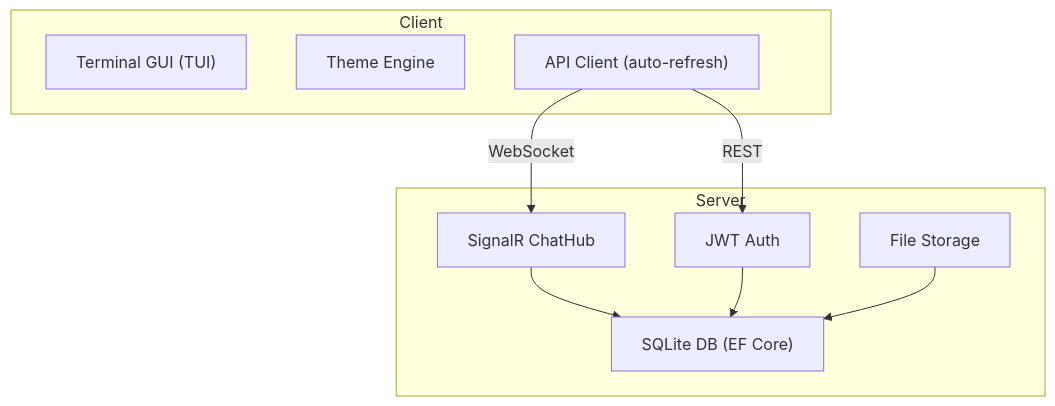
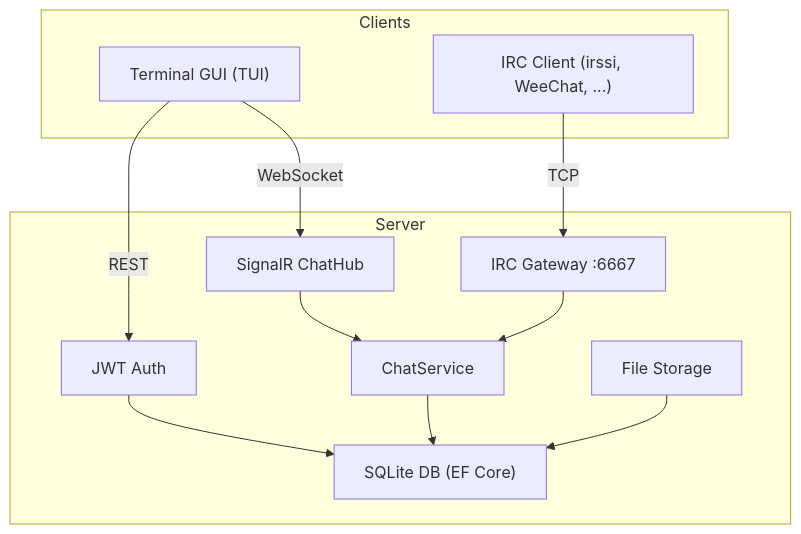
Before and after one commit to HueByte/EchoHub: the diagram in README.md, drawn with Mermaid. The commit also changed other lines of this file and 12 other files, not shown here.

Commit message:
feat: Add IRC gateway functionality and update documentation

````diff
--- a/README.md
+++ b/README.md
@@ -40,21 +48,25 @@
 ```mermaid
 graph TD
     subgraph Server["Server"]
+        ChatSvc["ChatService"]
         Hub["SignalR ChatHub"]
+        IRC["IRC Gateway :6667"]
         Auth["JWT Auth"]
         DB["SQLite DB (EF Core)"]
         Files["File Storage"]
     end
 
-    subgraph Client["Client"]
+    subgraph Clients["Clients"]
         TUI["Terminal GUI (TUI)"]
-        Theme["Theme Engine"]
-        API["API Client (auto-refresh)"]
+        IRCClient["IRC Client (irssi, WeeChat, ...)"]
     end
 
-    API -- "WebSocket" --> Hub
-    API -- "REST" --> Auth
-    Hub --> DB
+    TUI -- "WebSocket" --> Hub
+    TUI -- "REST" --> Auth
+    IRCClient -- "TCP" --> IRC
+    Hub --> ChatSvc
+    IRC --> ChatSvc
+    ChatSvc --> DB
     Auth --> DB
     Files --> DB
 ```
````
